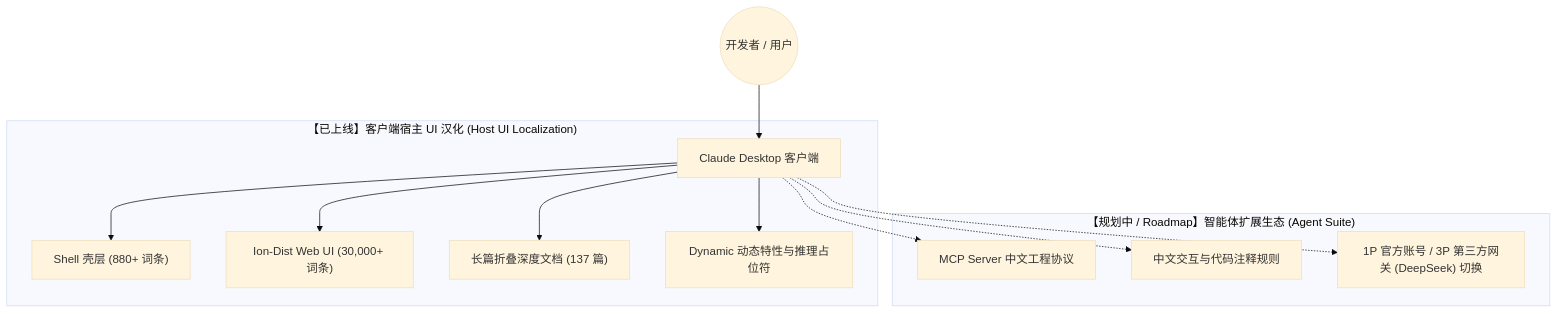
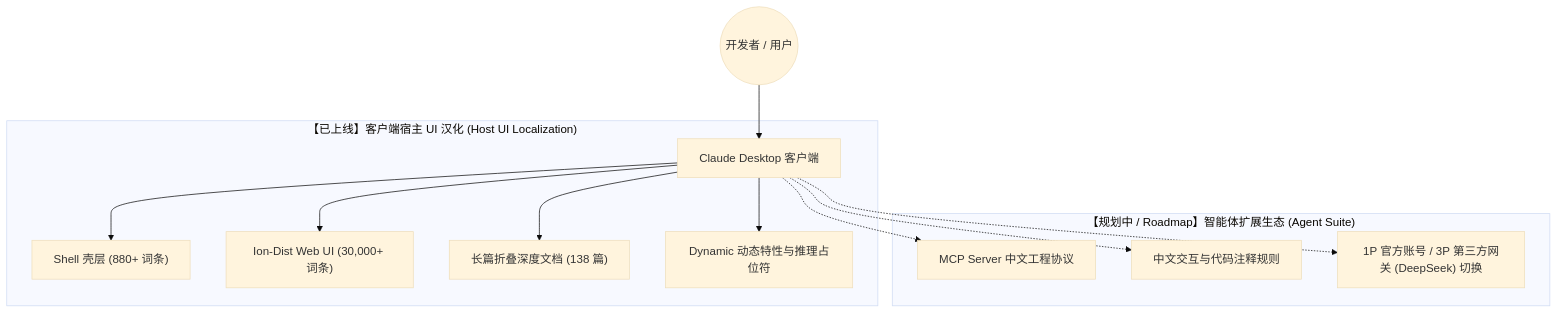
One commit to yiheng8023/claude-chinese changed the first of 2 diagrams in README.md. Above: the diagram before and after it, drawn with Mermaid (base theme). The commit also changed other lines of this file and 7 other files, not shown here.

````diff
--- a/README.md
+++ b/README.md
@@ -42,17 +43,17 @@
 ```mermaid
 graph TD
     User((开发者 / 用户)) --> ClaudeApp[Claude Desktop 客户端]
     
     subgraph Mode1 ["【已上线】客户端宿主 UI 汉化 (Host UI Localization)"]
         ClaudeApp --> ShellLayer["Shell 壳层 (880+ 词条)"]
         ClaudeApp --> WebUILayer["Ion-Dist Web UI (30,000+ 词条)"]
-        ClaudeApp --> LongDocsLayer["长篇折叠深度文档 (137 篇)"]
+        ClaudeApp --> LongDocsLayer["长篇折叠深度文档 (138 篇)"]
         ClaudeApp --> DynamicLayer["Dynamic 动态特性与推理占位符"]
     end
     
     subgraph Mode2 ["【规划中 / Roadmap】智能体扩展生态 (Agent Suite)"]
         ClaudeApp -.-> MCP["MCP Server 中文工程协议"]
         ClaudeApp -.-> Rules["中文交互与代码注释规则"]
         ClaudeApp -.-> Switcher["1P 官方账号 / 3P 第三方网关 (DeepSeek) 切换"]
     end
 ```
````
